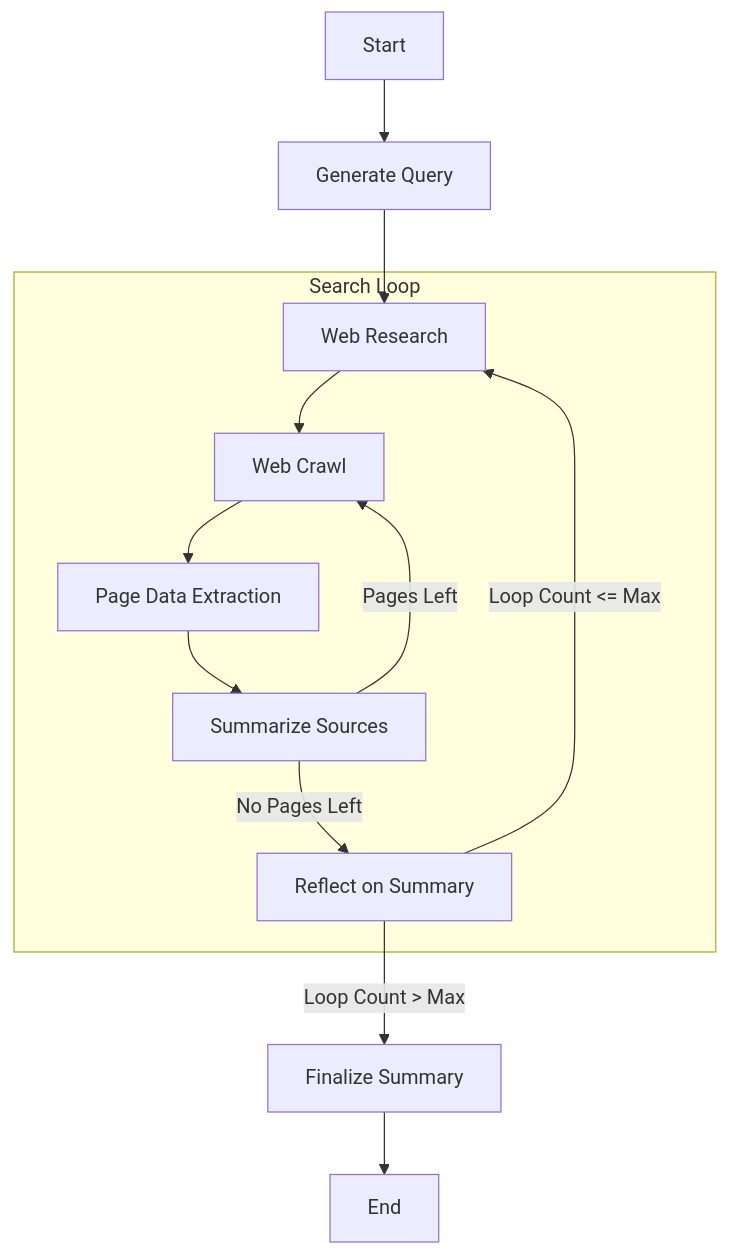
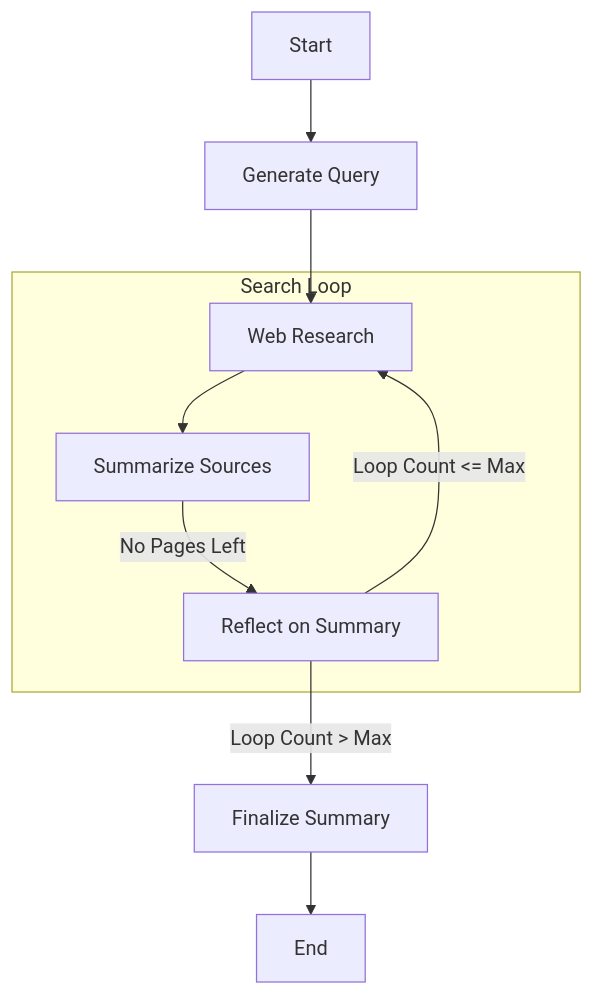
Before and after one commit to aleskalfas/bee-deep-researcher-reproduction: the diagram in README.md, drawn with Mermaid.

Commit message:
fix: fixed the workflow

````diff
--- a/README.md
+++ b/README.md
@@ -7,24 +7,19 @@
 ```mermaid
 flowchart TB
     Start --> GenerateQuery[Generate Query]
     GenerateQuery --> WebResearch[Web Research]
-    WebResearch --> WebCrawl[Web Crawl]
-    WebCrawl --> WebPageSummary[Page Data Extraction]
-    WebPageSummary --> SummarizeSources[Summarize Sources]
+    WebResearch --> SummarizeSources[Summarize Sources]
     
-    SummarizeSources -->|Pages Left| WebCrawl
     SummarizeSources -->|No Pages Left| ReflectOnSummary[Reflect on Summary]
     
     ReflectOnSummary -->|Loop Count <= Max| WebResearch
     ReflectOnSummary -->|Loop Count > Max| FinalizeSummary[Finalize Summary]
     
     FinalizeSummary --> End
     
     subgraph Search Loop
         WebResearch
-        WebCrawl
-        WebPageSummary
         SummarizeSources
         ReflectOnSummary
     end
 ```
````
